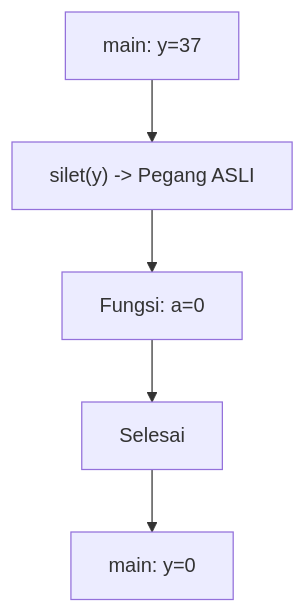
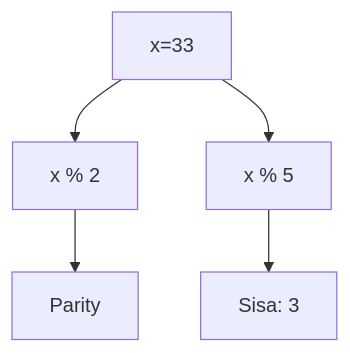
Diagram 14 of 25 in part-c-pemahaman-cpp/04-fungsi/latihan/set-09.md (amnahwaida/OSNK_INF_PREP), drawn with Mermaid before and after one commit. The commit also changed other lines of this file and 71 other files, not shown here.

````diff
--- a/part-c-pemahaman-cpp/04-fungsi/latihan/set-09.md
+++ b/part-c-pemahaman-cpp/04-fungsi/latihan/set-09.md
@@ -484,7 +408,7 @@
 ```mermaid
 graph TD
-    A[main: y=37] --> B["silet(y) -> Pegang ASLI"]
-    B --> C[Fungsi: a=0]
-    C --> D[Selesai]
-    D --> E[main: y=0]
+A[x=33] --> B[x % 2]
+B --> C[Parity]
+A --> D[x % 5]
+D --> E[Sisa: 3]
 ```
````
